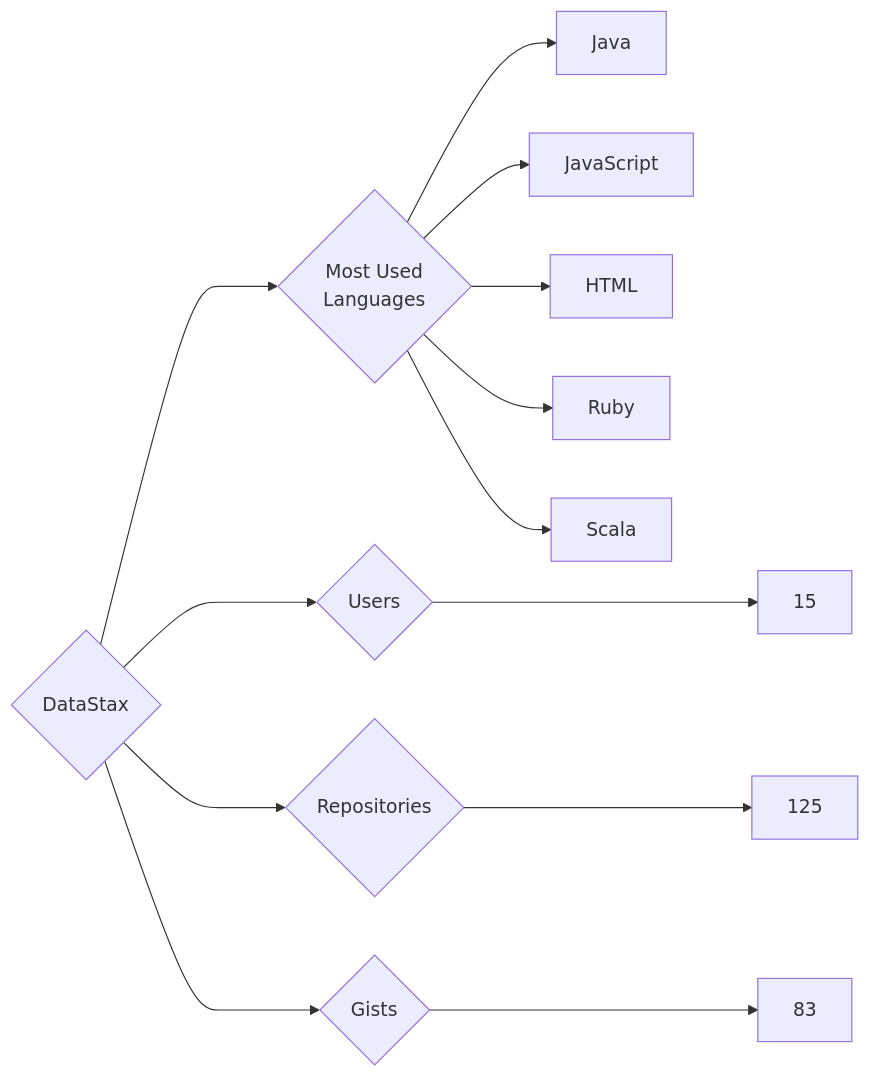
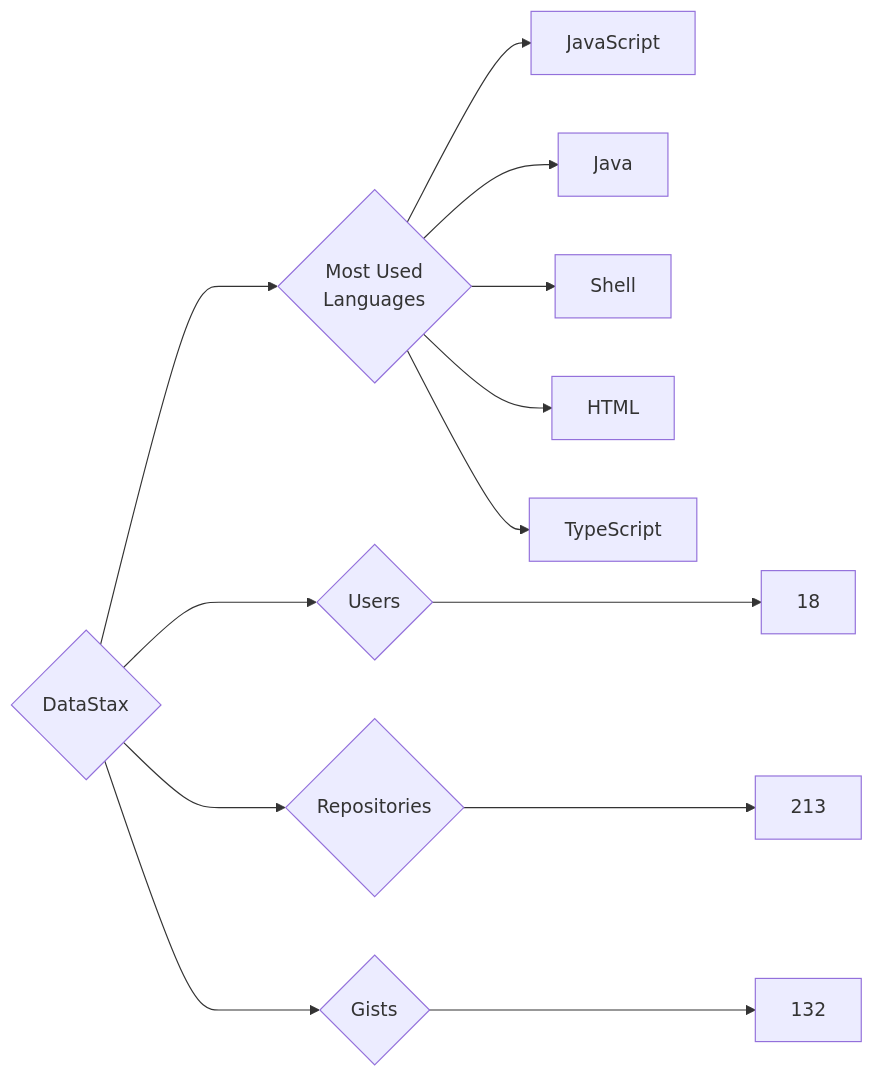
The diagram in targets/DataStax/README.md (trickest/insiders), drawn with Mermaid before and after one commit. The commit also changed 1238 other files, not shown here.

````diff
--- a/targets/DataStax/README.md
+++ b/targets/DataStax/README.md
@@ -3,13 +3,13 @@
 ```mermaid
 graph LR
 COMPANY_NAME{DataStax}
-COMPANY_NAME ---> U{Users} ---> UN[15]
-COMPANY_NAME ---> R{Repositories} ---> RN[125]
-COMPANY_NAME ---> G{Gists} ---> GN[83]
+COMPANY_NAME ---> U{Users} ---> UN[18]
+COMPANY_NAME ---> R{Repositories} ---> RN[213]
+COMPANY_NAME ---> G{Gists} ---> GN[132]
 COMPANY_NAME ---> ML{Most Used<br>Languages}
+ML --> JavaScript[JavaScript]
 ML --> Java[Java]
-ML --> JavaScript[JavaScript]
+ML --> Shell[Shell]
 ML --> HTML[HTML]
-ML --> Ruby[Ruby]
-ML --> Scala[Scala]
+ML --> TypeScript[TypeScript]
 ```
````
